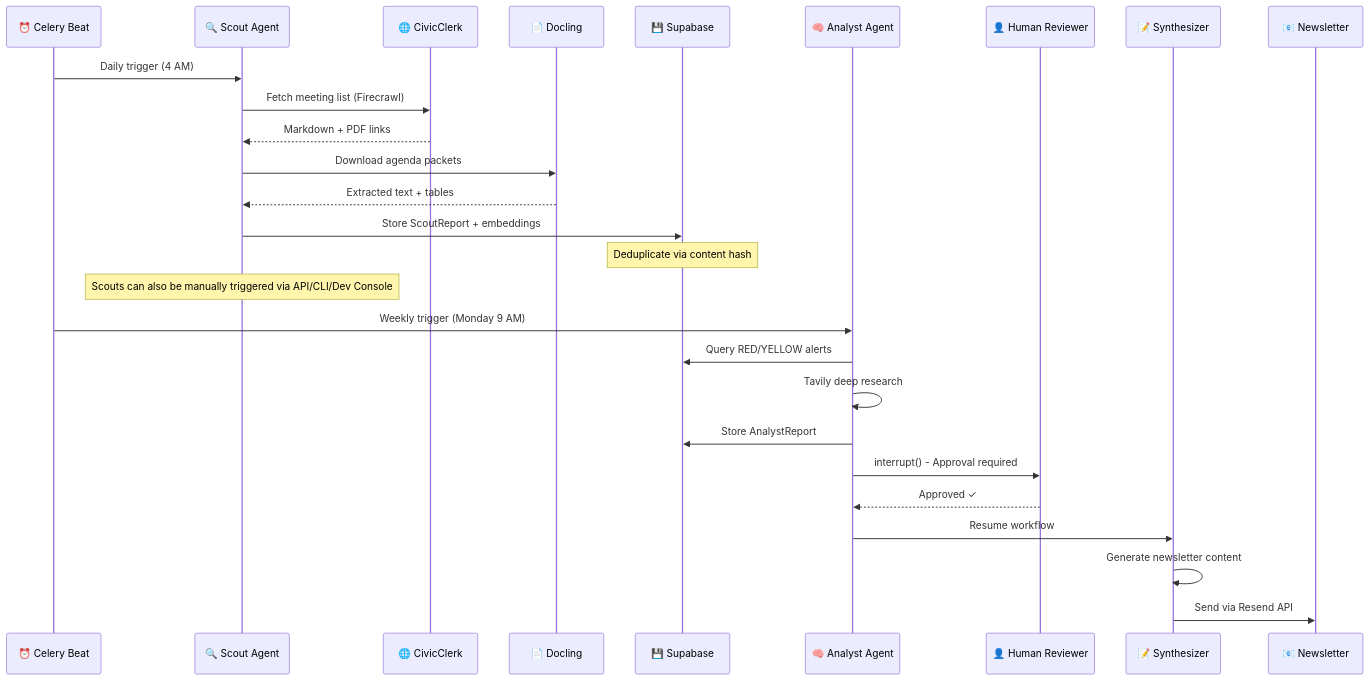
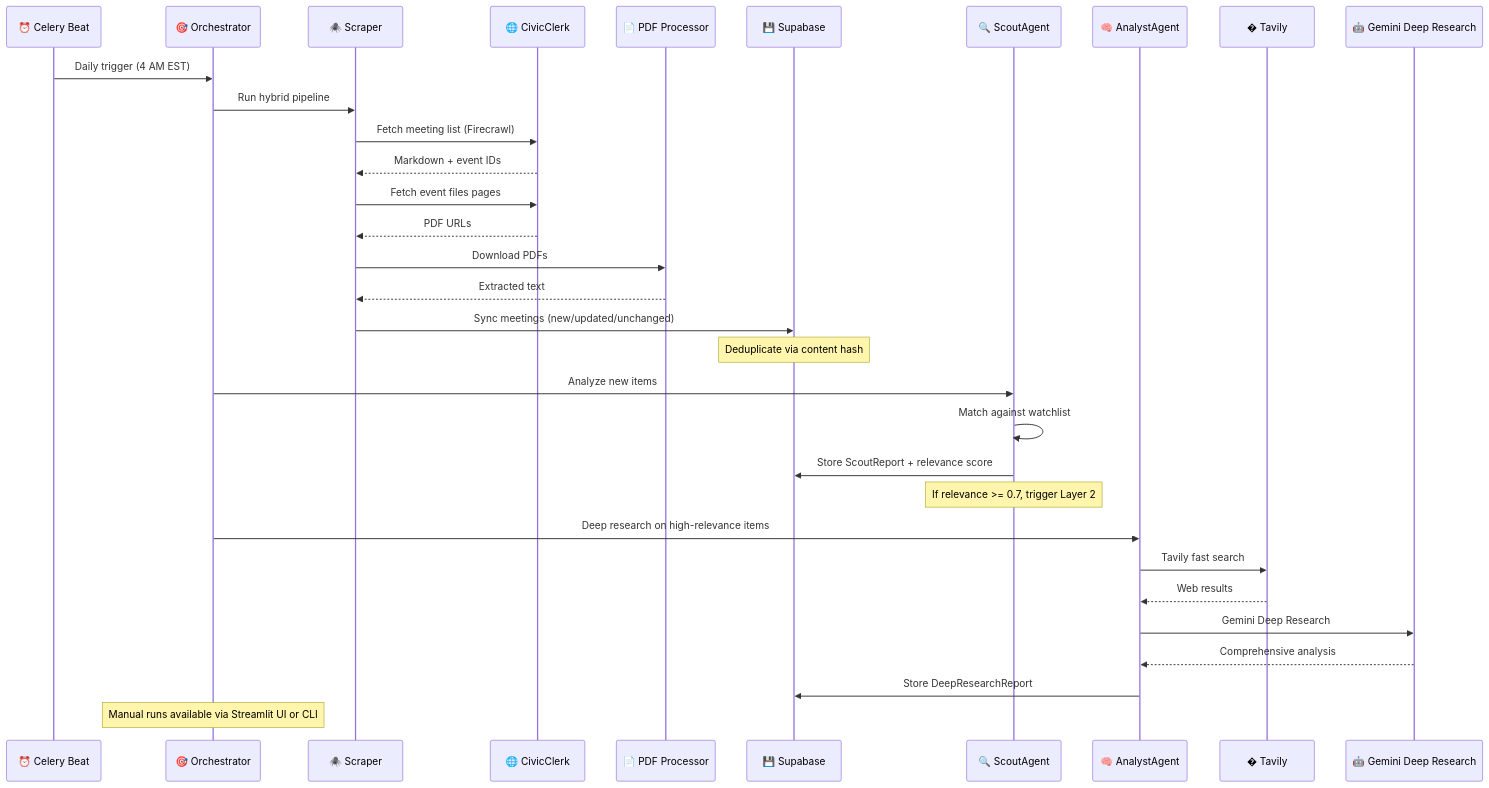
One commit to Hams-Ollo/open-sousveillance-studio changed the fifth of 6 diagrams in docs/ARCHITECTURE.md. Above: the diagram before and after it, drawn with Mermaid. The commit also changed other lines of this file and 53 other files, not shown here.

First line of the commit message:
docs: Update project to Phase 3 Intelligence Layer with event-driven architecture, CivicEvent model, and watchdog rules engine

````diff
--- a/docs/ARCHITECTURE.md
+++ b/docs/ARCHITECTURE.md
@@ -172,34 +326,40 @@
 ```mermaid
 sequenceDiagram
     participant CRON as ⏰ Celery Beat
-    participant SCOUT as 🔍 Scout Agent
+    participant ORCH as 🎯 Orchestrator
+    participant SCRAPER as 🕷️ Scraper
     participant SRC as 🌐 CivicClerk
-    participant PDF as 📄 Docling
+    participant PDF as 📄 PDF Processor
     participant DB as 💾 Supabase
-    participant ANALYST as 🧠 Analyst Agent
-    participant HUMAN as 👤 Human Reviewer
-    participant SYNTH as 📝 Synthesizer
-    participant EMAIL as 📧 Newsletter
+    participant SCOUT as 🔍 ScoutAgent
+    participant ANALYST as 🧠 AnalystAgent
+    participant TAV as � Tavily
+    participant GEM as 🤖 Gemini Deep Research
 
-    CRON->>SCOUT: Daily trigger (4 AM)
-    SCOUT->>SRC: Fetch meeting list (Firecrawl)
-    SRC-->>SCOUT: Markdown + PDF links
-    SCOUT->>PDF: Download agenda packets
-    PDF-->>SCOUT: Extracted text + tables
-    SCOUT->>DB: Store ScoutReport + embeddings
+    CRON->>ORCH: Daily trigger (4 AM EST)
+    ORCH->>SCRAPER: Run hybrid pipeline
+    SCRAPER->>SRC: Fetch meeting list (Firecrawl)
+    SRC-->>SCRAPER: Markdown + event IDs
+    SCRAPER->>SRC: Fetch event files pages
+    SRC-->>SCRAPER: PDF URLs
+    SCRAPER->>PDF: Download PDFs
+    PDF-->>SCRAPER: Extracted text
+    SCRAPER->>DB: Sync meetings (new/updated/unchanged)
 
     Note over DB: Deduplicate via content hash
-    Note over SCOUT: Scouts can also be manually triggered via API/CLI/Dev Console
 
-    CRON->>ANALYST: Weekly trigger (Monday 9 AM)
-    ANALYST->>DB: Query RED/YELLOW alerts
-    ANALYST->>ANALYST: Tavily deep research
-    ANALYST->>DB: Store AnalystReport
-    ANALYST->>HUMAN: interrupt() - Approval required
+    ORCH->>SCOUT: Analyze new items
+    SCOUT->>SCOUT: Match against watchlist
+    SCOUT->>DB: Store ScoutReport + relevance score
 
-    HUMAN-->>ANALYST: Approved ✓
+    Note over SCOUT: If relevance >= 0.7, trigger Layer 2
 
-    ANALYST->>SYNTH: Resume workflow
-    SYNTH->>SYNTH: Generate newsletter content
-    SYNTH->>EMAIL: Send via Resend API
+    ORCH->>ANALYST: Deep research on high-relevance items
+    ANALYST->>TAV: Tavily fast search
+    TAV-->>ANALYST: Web results
+    ANALYST->>GEM: Gemini Deep Research
+    GEM-->>ANALYST: Comprehensive analysis
+    ANALYST->>DB: Store DeepResearchReport
+
+    Note over ORCH: Manual runs available via Streamlit UI or CLI
 ```
````
